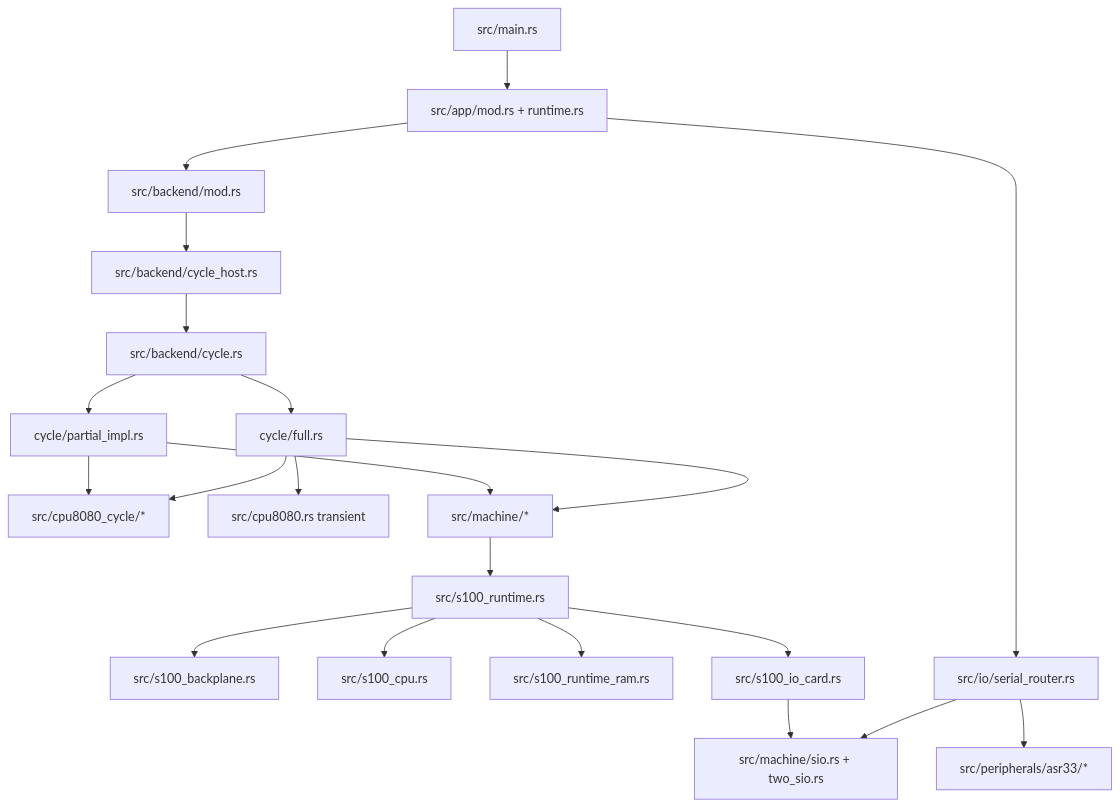
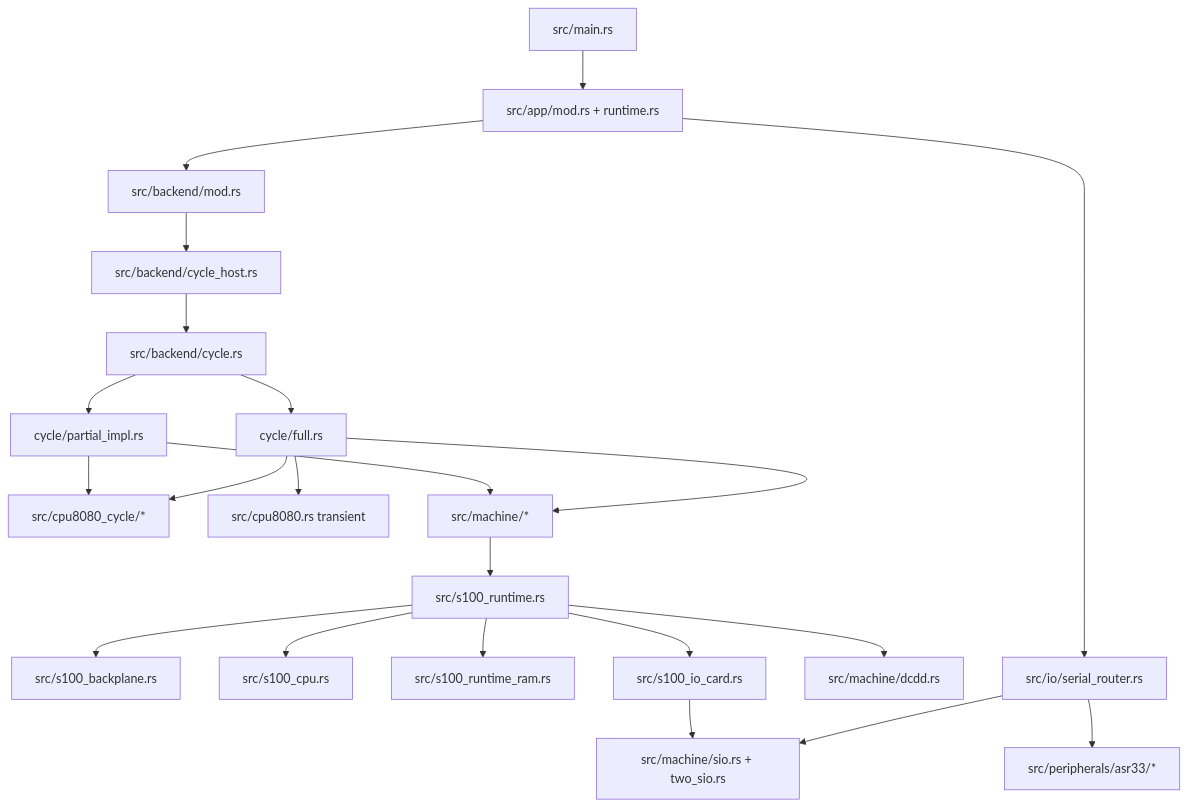
One commit to TheWinterLynx/RusTair changed the diagram in docs/SOURCE_REFERENCE.md. Above: the diagram before and after it, drawn with Mermaid. The commit also changed other lines of this file, not shown here.

Commit message:
Document DCDD machine source ownership

````diff
--- a/docs/SOURCE_REFERENCE.md
+++ b/docs/SOURCE_REFERENCE.md
@@ -230,23 +231,24 @@
 ```mermaid
 flowchart TB
     MAIN[src/main.rs] --> APP[src/app/mod.rs + runtime.rs]
     APP --> BACKEND[src/backend/mod.rs]
     BACKEND --> HOST[src/backend/cycle_host.rs]
     HOST --> CYCLE[src/backend/cycle.rs]
     CYCLE --> PARTIAL[cycle/partial_impl.rs]
     CYCLE --> FULL[cycle/full.rs]
     PARTIAL --> CPU[src/cpu8080_cycle/*]
     FULL --> SEM[src/cpu8080.rs transient]
     FULL --> CPU
     PARTIAL --> MACH[src/machine/*]
     FULL --> MACH
     MACH --> RUNTIME[src/s100_runtime.rs]
     RUNTIME --> BP[src/s100_backplane.rs]
     RUNTIME --> CPUB[src/s100_cpu.rs]
     RUNTIME --> RAM[src/s100_runtime_ram.rs]
     RUNTIME --> IO[src/s100_io_card.rs]
+    RUNTIME --> DCDD[src/machine/dcdd.rs]
     IO --> SERIAL[src/machine/sio.rs + two_sio.rs]
     APP --> ROUTER[src/io/serial_router.rs]
     ROUTER --> SERIAL
     ROUTER --> ASR[src/peripherals/asr33/*]
 ```
````
